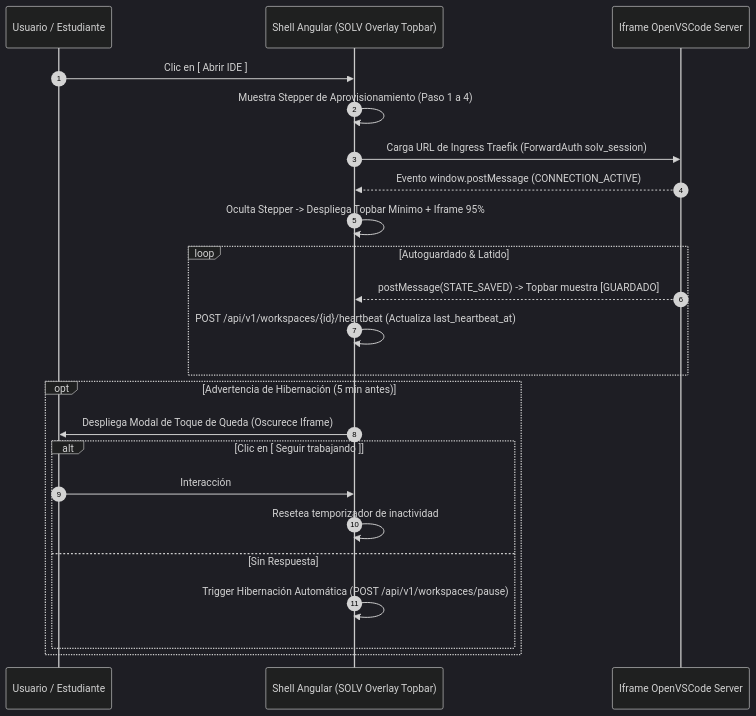
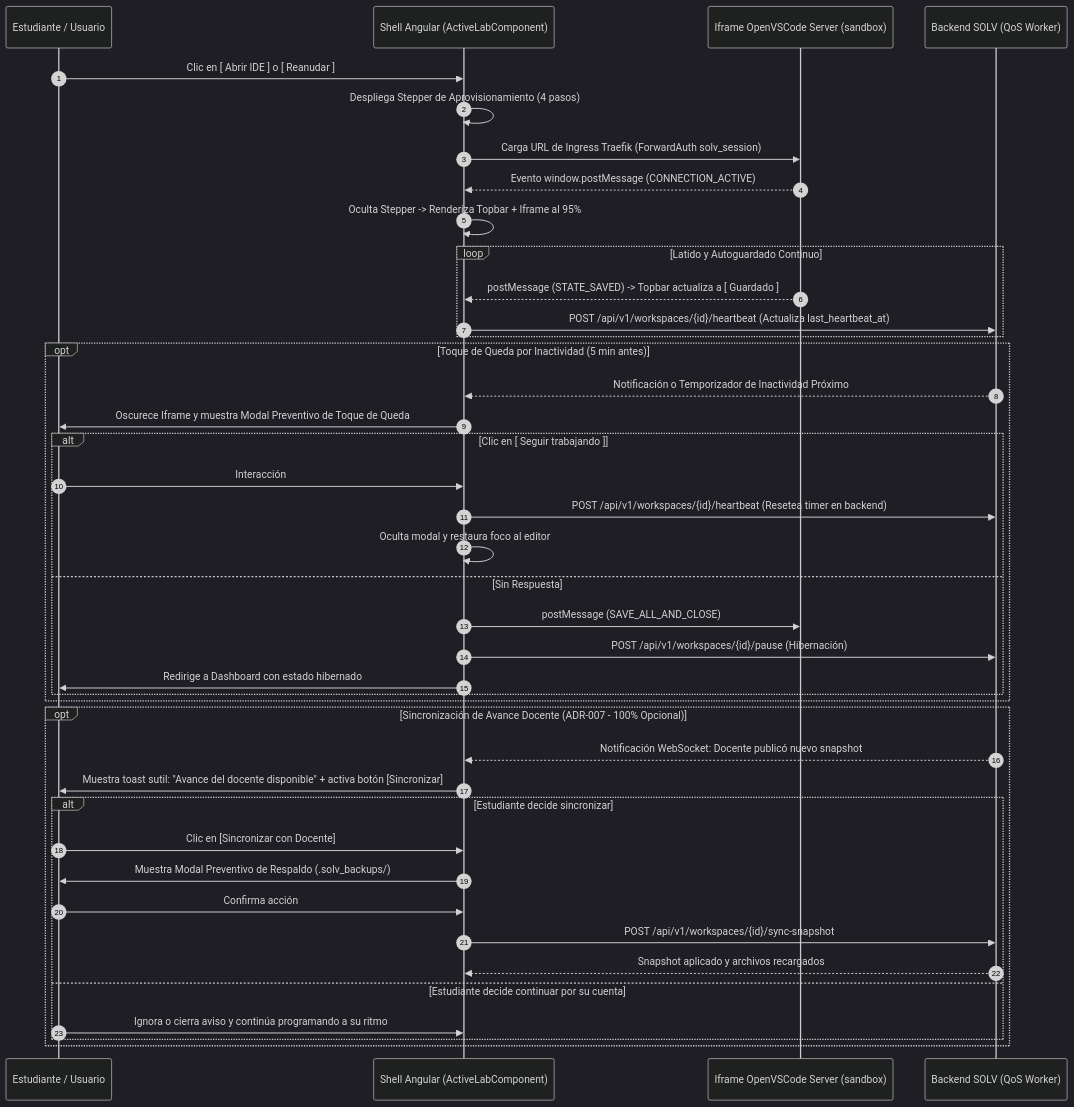
Before and after one commit to AlvaroRiveraCarhuani/SOLV_PG: the diagram in docs/UI/ESTUDIANTE/LABORATORIO_ACTIVO.md, drawn with Mermaid (dark theme). The commit also changed other lines of this file and 23 other files, not shown here.

First line of the commit message:
feat(admin): implementar shell de administracion y base del dashboard de hardware

````diff
--- a/docs/UI/ESTUDIANTE/LABORATORIO_ACTIVO.md
+++ b/docs/UI/ESTUDIANTE/LABORATORIO_ACTIVO.md
@@ -11,28 +22,47 @@
 ```mermaid
 sequenceDiagram
     autonumber
-    participant U as Usuario / Estudiante
-    participant S as Shell Angular (SOLV Overlay Topbar)
-    participant I as Iframe OpenVSCode Server
+    participant U as Estudiante / Usuario
+    participant S as Shell Angular (ActiveLabComponent)
+    participant I as Iframe OpenVSCode Server (sandbox)
+    participant B as Backend SOLV (QoS Worker)
 
-    U->>S: Clic en [ Abrir IDE ]
-    S->>S: Muestra Stepper de Aprovisionamiento (Paso 1 a 4)
+    U->>S: Clic en [ Abrir IDE ] o [ Reanudar ]
+    S->>S: Despliega Stepper de Aprovisionamiento (4 pasos)
     S->>I: Carga URL de Ingress Traefik (ForwardAuth solv_session)
     I-->>S: Evento window.postMessage (CONNECTION_ACTIVE)
-    S->>S: Oculta Stepper -> Despliega Topbar Mínimo + Iframe 95%
+    S->>S: Oculta Stepper -> Renderiza Topbar + Iframe al 95%
     
-    loop Autoguardado & Latido
-        I-->>S: postMessage(STATE_SAVED) -> Topbar muestra [GUARDADO]
-        S->>S: POST /api/v1/workspaces/{id}/heartbeat (Actualiza last_heartbeat_at)
+    loop Latido y Autoguardado Continuo
+        I-->>S: postMessage (STATE_SAVED) -> Topbar actualiza a [ Guardado ]
+        S->>B: POST /api/v1/workspaces/{id}/heartbeat (Actualiza last_heartbeat_at)
     end
 
-    opt Advertencia de Hibernación (5 min antes)
-        S->>U: Despliega Modal de Toque de Queda (Oscurece Iframe)
+    opt Toque de Queda por Inactividad (5 min antes)
+        B-->>S: Notificación o Temporizador de Inactividad Próximo
+        S->>U: Oscurece Iframe y muestra Modal Preventivo de Toque de Queda
         alt Clic en [ Seguir trabajando ]
             U->>S: Interacción
-            S->>S: Resetea temporizador de inactividad
+            S->>B: POST /api/v1/workspaces/{id}/heartbeat (Resetea timer en backend)
+            S->>S: Oculta modal y restaura foco al editor
         else Sin Respuesta
-            S->>S: Trigger Hibernación Automática (POST /api/v1/workspaces/pause)
+            S->>I: postMessage (SAVE_ALL_AND_CLOSE)
+            S->>B: POST /api/v1/workspaces/{id}/pause (Hibernación)
+            S->>U: Redirige a Dashboard con estado hibernado
+        end
+    end
+
+    opt Sincronización de Avance Docente (ADR-007 - 100% Opcional)
+        B-->>S: Notificación WebSocket: Docente publicó nuevo snapshot
+        S->>U: Muestra toast sutil: "Avance del docente disponible" + activa botón [Sincronizar]
+        alt Estudiante decide sincronizar
+            U->>S: Clic en [Sincronizar con Docente]
+            S->>U: Muestra Modal Preventivo de Respaldo (.solv_backups/)
+            U->>S: Confirma acción
+            S->>B: POST /api/v1/workspaces/{id}/sync-snapshot
+            B-->>S: Snapshot aplicado y archivos recargados
+        else Estudiante decide continuar por su cuenta
+            U->>S: Ignora o cierra aviso y continúa programando a su ritmo
         end
     end
 ```
````
